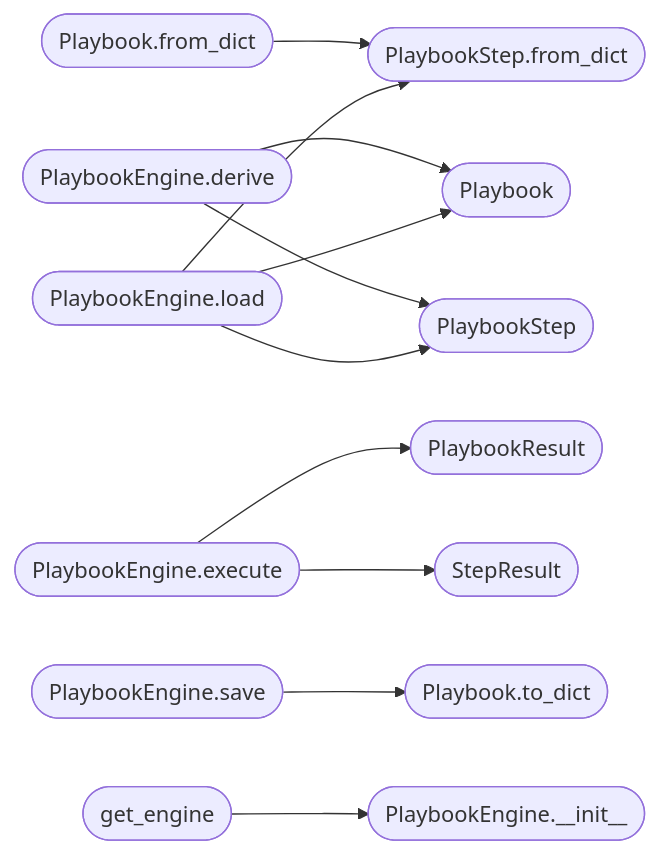
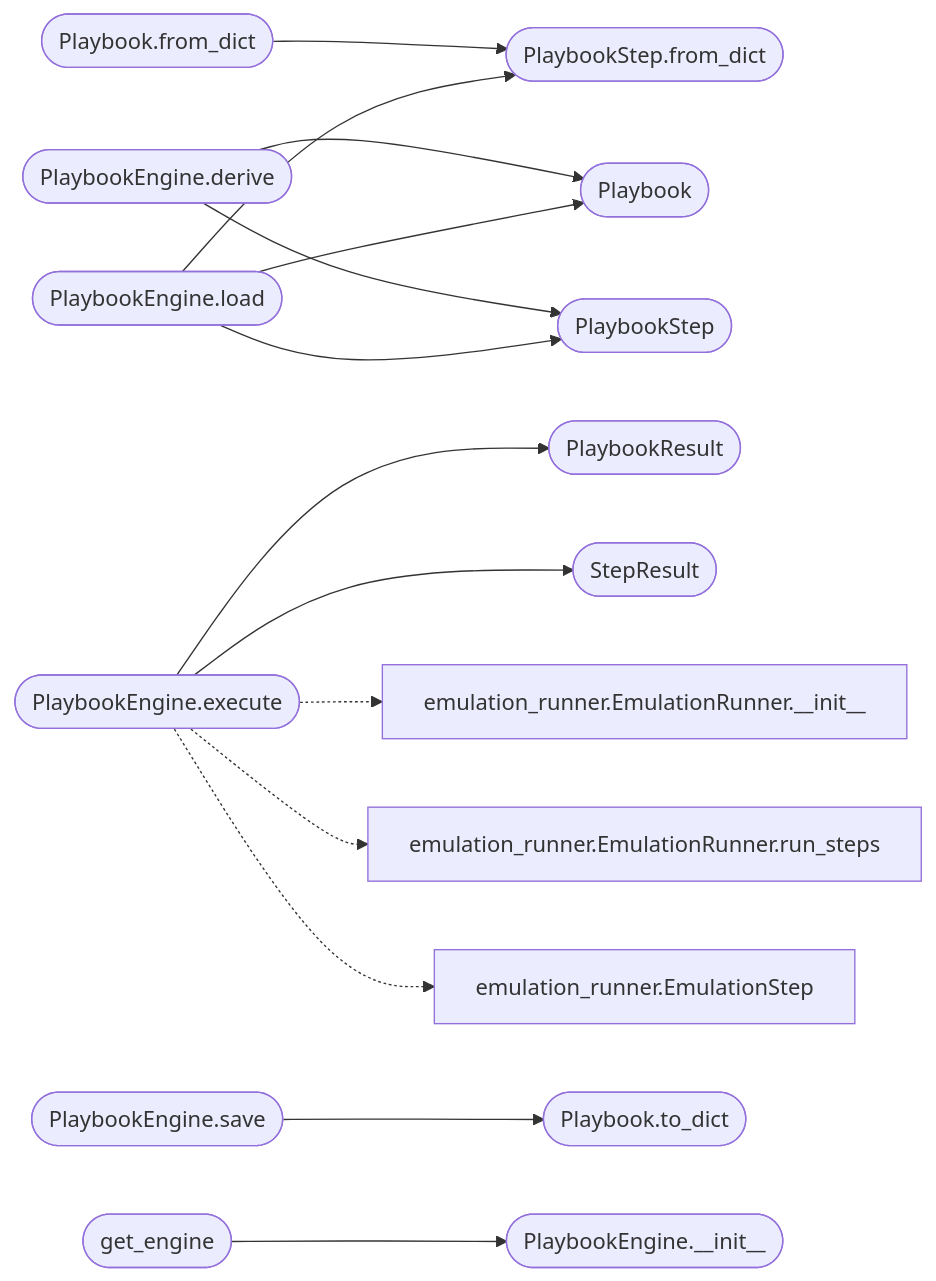
One commit to grisuno/LazyOwn changed the second of 2 diagrams in readmenator-apidocs/modules/modules.playbook_engine.py.md. Above: the diagram before and after it, drawn with Mermaid. The commit also changed other lines of this file and 764 other files, not shown here.

````diff
--- a/readmenator-apidocs/modules/modules.playbook_engine.py.md
+++ b/readmenator-apidocs/modules/modules.playbook_engine.py.md
@@ -101,26 +101,32 @@
 ```mermaid
 flowchart LR
     n_modules_playbook_engine_py__Playbook_from_dict(["Playbook.from_dict"])
     n_modules_playbook_engine_py__PlaybookStep_from_dict(["PlaybookStep.from_dict"])
     n_modules_playbook_engine_py__PlaybookEngine_derive(["PlaybookEngine.derive"])
     n_modules_playbook_engine_py__Playbook(["Playbook"])
     n_modules_playbook_engine_py__PlaybookStep(["PlaybookStep"])
     n_modules_playbook_engine_py__PlaybookEngine_execute(["PlaybookEngine.execute"])
     n_modules_playbook_engine_py__PlaybookResult(["PlaybookResult"])
     n_modules_playbook_engine_py__StepResult(["StepResult"])
     n_modules_playbook_engine_py__PlaybookEngine_save(["PlaybookEngine.save"])
     n_modules_playbook_engine_py__Playbook_to_dict(["Playbook.to_dict"])
     n_modules_playbook_engine_py__PlaybookEngine_load(["PlaybookEngine.load"])
     n_modules_playbook_engine_py__get_engine(["get_engine"])
     n_modules_playbook_engine_py__PlaybookEngine___init__(["PlaybookEngine.__init__"])
+    n_modules_emulation_runner_py__EmulationRunner___init__["emulation_runner.EmulationRunner.__init__"]
+    n_modules_emulation_runner_py__EmulationRunner_run_steps["emulation_runner.EmulationRunner.run_steps"]
+    n_modules_emulation_runner_py__EmulationStep["emulation_runner.EmulationStep"]
     n_modules_playbook_engine_py__Playbook_from_dict --> n_modules_playbook_engine_py__PlaybookStep_from_dict
     n_modules_playbook_engine_py__PlaybookEngine_derive --> n_modules_playbook_engine_py__Playbook
     n_modules_playbook_engine_py__PlaybookEngine_derive --> n_modules_playbook_engine_py__PlaybookStep
     n_modules_playbook_engine_py__PlaybookEngine_execute --> n_modules_playbook_engine_py__PlaybookResult
     n_modules_playbook_engine_py__PlaybookEngine_execute --> n_modules_playbook_engine_py__StepResult
     n_modules_playbook_engine_py__PlaybookEngine_save --> n_modules_playbook_engine_py__Playbook_to_dict
     n_modules_playbook_engine_py__PlaybookEngine_load --> n_modules_playbook_engine_py__Playbook
     n_modules_playbook_engine_py__PlaybookEngine_load --> n_modules_playbook_engine_py__PlaybookStep
     n_modules_playbook_engine_py__PlaybookEngine_load --> n_modules_playbook_engine_py__PlaybookStep_from_dict
     n_modules_playbook_engine_py__get_engine --> n_modules_playbook_engine_py__PlaybookEngine___init__
+    n_modules_playbook_engine_py__PlaybookEngine_execute -.-> n_modules_emulation_runner_py__EmulationRunner___init__
+    n_modules_playbook_engine_py__PlaybookEngine_execute -.-> n_modules_emulation_runner_py__EmulationRunner_run_steps
+    n_modules_playbook_engine_py__PlaybookEngine_execute -.-> n_modules_emulation_runner_py__EmulationStep
 ```
````
